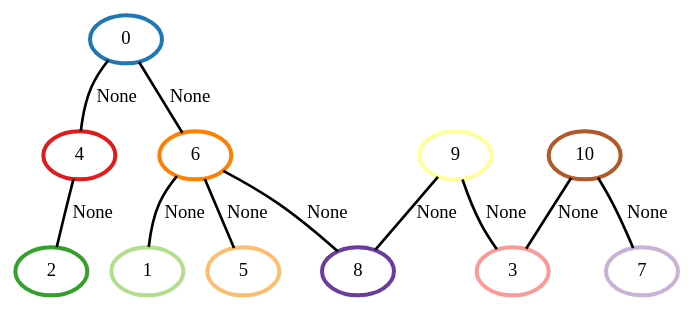
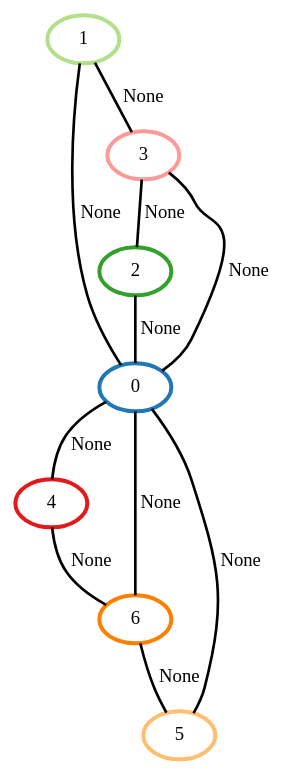
Before and after one commit to MichRacz00/graph: the diagram in output/additional1.dot, drawn with Graphviz. The commit also changed 4 other files, not shown here.

```diff
--- a/output/additional1.dot
+++ b/output/additional1.dot
@@ -1,24 +1,20 @@
 graph G {
     0 [penwidth=3,label="0",color=2, colorscheme=paired12]
     1 [penwidth=3,label="1",color=3, colorscheme=paired12]
     2 [penwidth=3,label="2",color=4, colorscheme=paired12]
     3 [penwidth=3,label="3",color=5, colorscheme=paired12]
     4 [penwidth=3,label="4",color=6, colorscheme=paired12]
     5 [penwidth=3,label="5",color=7, colorscheme=paired12]
     6 [penwidth=3,label="6",color=8, colorscheme=paired12]
-    7 [penwidth=3,label="7",color=9, colorscheme=paired12]
-    8 [penwidth=3,label="8",color=10, colorscheme=paired12]
-    9 [penwidth=3,label="9",color=11, colorscheme=paired12]
-    10 [penwidth=3,label="10",color=12, colorscheme=paired12]
 
+    1--0 [penwidth=2,label="None"]
+    1--3 [penwidth=2,label="None"]
+    3--0 [penwidth=2,label="None"]
+    3--2 [penwidth=2,label="None"]
+    2--0 [penwidth=2,label="None"]
+    0--4 [penwidth=2,label="None"]
     0--6 [penwidth=2,label="None"]
-    6--8 [penwidth=2,label="None"]
-    9--3 [penwidth=2,label="None"]
-    9--8 [penwidth=2,label="None"]
-    10--7 [penwidth=2,label="None"]
-    4--2 [penwidth=2,label="None"]
+    0--5 [penwidth=2,label="None"]
+    4--6 [penwidth=2,label="None"]
     6--5 [penwidth=2,label="None"]
-    6--1 [penwidth=2,label="None"]
-    10--3 [penwidth=2,label="None"]
-    0--4 [penwidth=2,label="None"]
 }
```
